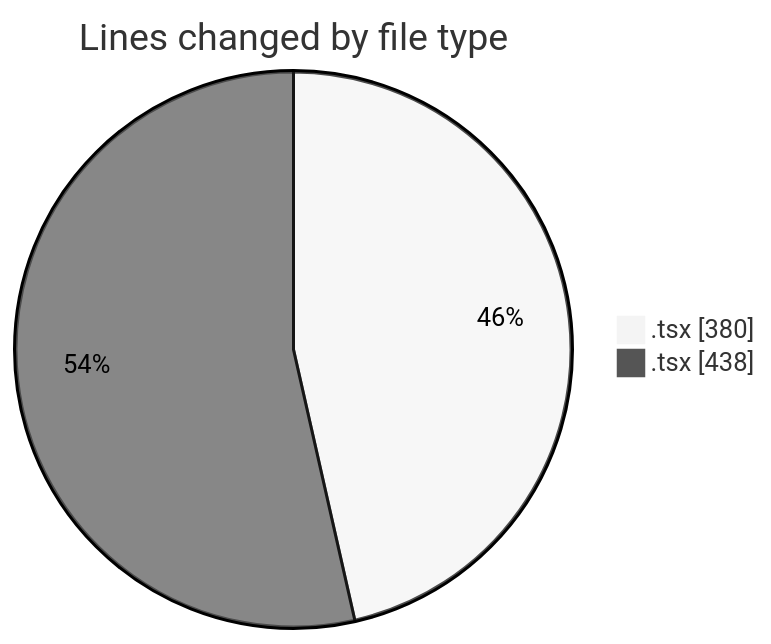
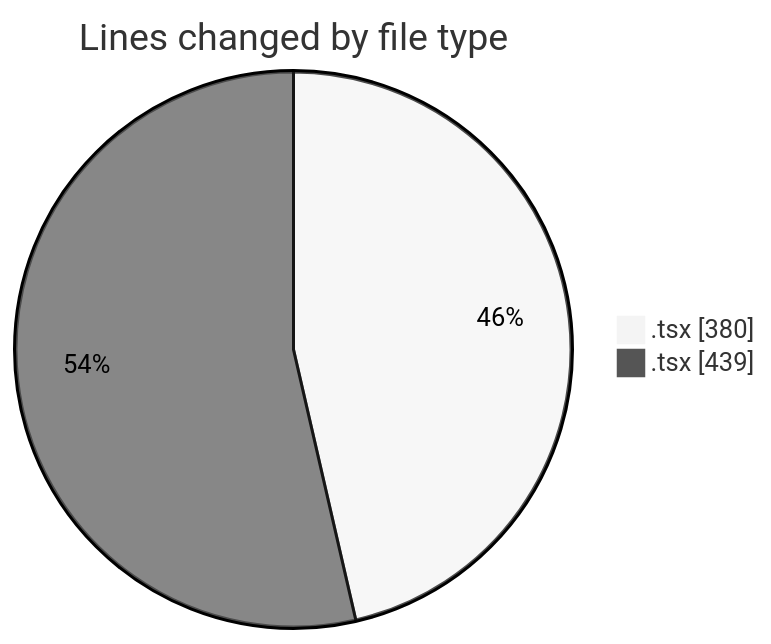
Before and after one commit to robertbonfada/code-tracking: the first of 2 diagrams in 2025-02-06/mbc-web/README.md, drawn with Mermaid (neutral theme). The commit also changed other lines of this file and 1 other file, not shown here.

````diff
--- a/2025-02-06/mbc-web/README.md
+++ b/2025-02-06/mbc-web/README.md
@@ -23,6 +23,6 @@
 ```mermaid
 pie showData
 title Lines changed by file type
 ".tsx " : 380
-".tsx" : 438
+".tsx" : 439
 ```
````
